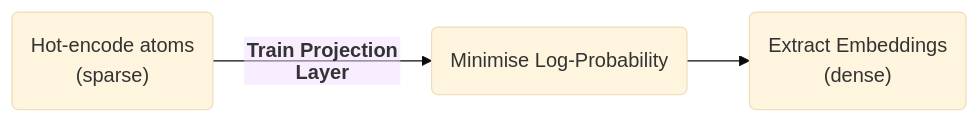
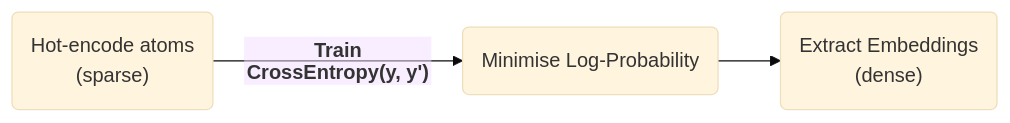
The second of 2 diagrams in src/distributed_reps_of_atoms_2022.md (santi-mir/blog_ai4chem), drawn with Mermaid (base theme) before and after one commit. The commit also changed other lines of this file and 1 other file, not shown here.

````diff
--- a/src/distributed_reps_of_atoms_2022.md
+++ b/src/distributed_reps_of_atoms_2022.md
@@ -56,16 +56,16 @@
 ```mermaid
 ---
 config:
     flowchart:
         htmlLabels: false
 ---
 flowchart LR
         D("`Hot-encode atoms
             (sparse)`")
         E("Minimise Log-Probability")
         F("`Extract Embeddings
             (dense)`")
-        D --"`**Train Projection
-                Layer**`"--> E
+        D --"`**Train
+            CrossEntropy(y, y')**`"--> E
         E --> F
 ```
````
